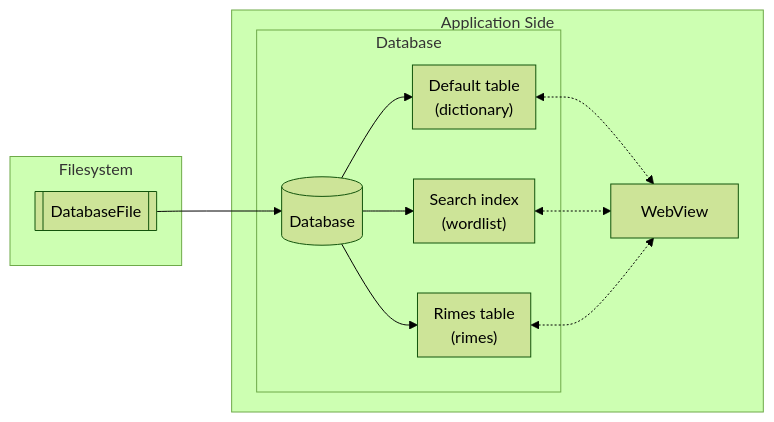
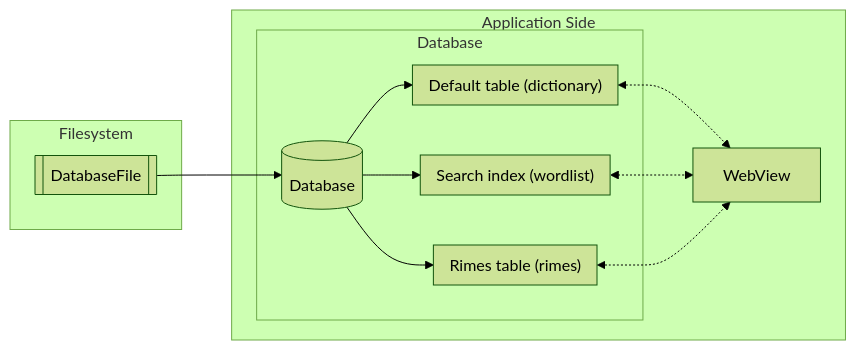
Before and after one commit to LabseSoftware/docs.remede.camarm.fr: the first of 4 diagrams in docs/lifecycles-schemas.md, drawn with Mermaid (forest theme). The commit also changed other lines of this file, not shown here.

````diff
--- a/docs/lifecycles-schemas.md
+++ b/docs/lifecycles-schemas.md
@@ -19,25 +19,25 @@
 ```mermaid
 graph LR
     subgraph "Application Side"
         subgraph "Database"
             DB[(Database)] --> Index
             DB --> Main
             DB --> Rimes
-            subgraph Index["Search index\n(wordlist)"]
+            subgraph Index["Search index (wordlist)"]
 
             end
-            subgraph Main["Default table\n(dictionary)"]
+            subgraph Main["Default table (dictionary)"]
 
             end
-            subgraph Rimes["Rimes table\n(rimes)"]
+            subgraph Rimes["Rimes table (rimes)"]
 
             end
         end
         Main <-.-> A[WebView]
         Index <-.-> A[WebView]
         Rimes <-.-> A[WebView]
     end
     subgraph "Filesystem" 
         DFB[[DatabaseFile]] --> DB
     end
 ```
````
